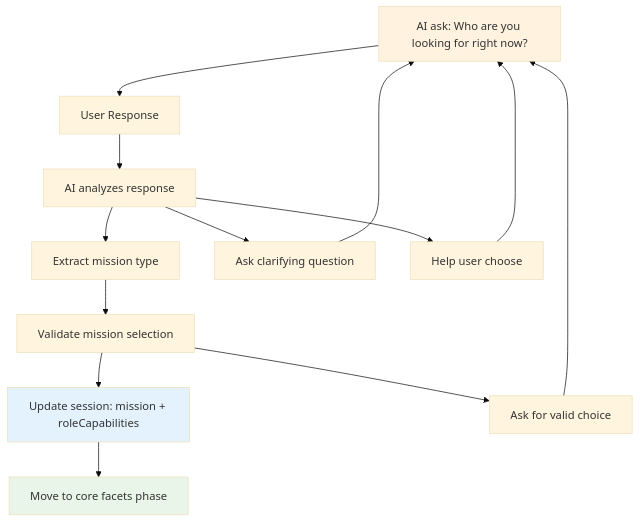
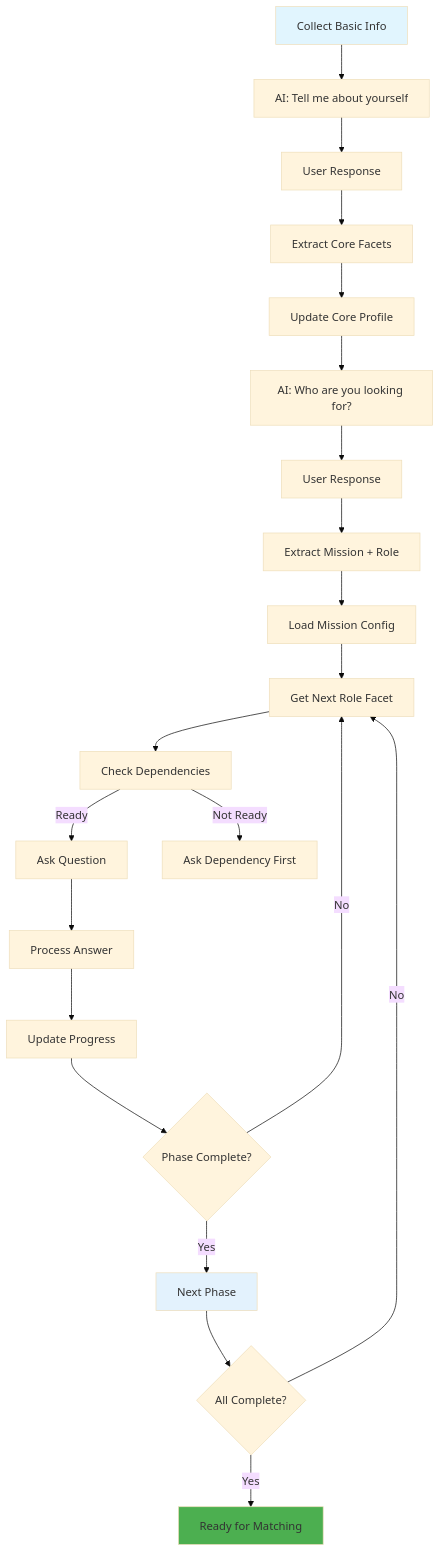
The second of 9 diagrams in README.md (bilalAIDeveloper/new-feat-test), drawn with Mermaid (base theme) before and after one commit. The commit also changed other lines of this file, not shown here.

````diff
--- a/README.md
+++ b/README.md
@@ -29,18 +20,27 @@
 ```mermaid
 graph TD
-    A[AI ask: Who are you looking for right now?] --> B[User Response]
-    B --> C[AI analyzes response]
-    C --> D[Extract mission type]
-    C --> E[Ask clarifying question]
-    C --> F[Help user choose]
-    D --> G[Validate mission selection]
-    G --> H[Update session: mission + roleCapabilities]
-    G --> I[Ask for valid choice]
-    H --> J[Move to core facets phase]
-    I --> A
-    E --> A
-    F --> A
-    style A fill:#fff3e0
-    style J fill:#e8f5e8
-    style H fill:#e3f2fd
+    A[Collect Basic Info] --> B[AI: Tell me about yourself]
+    B --> C[User Response]
+    C --> D[Extract Core Facets]
+    D --> E[Update Core Profile]
+    E --> F[AI: Who are you looking for?]
+    F --> G[User Response]
+    G --> H[Extract Mission + Role]
+    H --> I[Load Mission Config]
+    I --> J[Get Next Role Facet]
+    J --> K[Check Dependencies]
+    K -->|Ready| L[Ask Question]
+    K -->|Not Ready| M[Ask Dependency First]
+    L --> N[Process Answer]
+    N --> O[Update Progress]
+    O --> P{Phase Complete?}
+    P -->|Yes| Q[Next Phase]
+    P -->|No| J
+    Q --> R{All Complete?}
+    R -->|Yes| S[Ready for Matching]
+    R -->|No| J
+    
+    style A fill:#e1f5fe
+    style S fill:#4caf50
+    style Q fill:#e3f2fd
 ```
````
